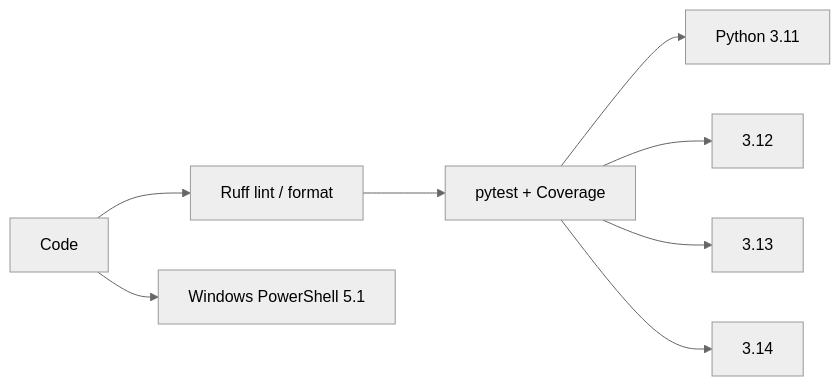
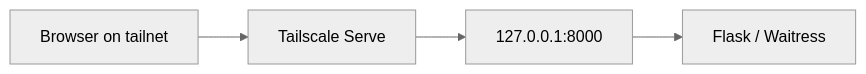
The seventh of 8 diagrams in docs/ARCHITECTURE.md (k-systems202208/python-sqlite-tailscale-webapp-template), drawn with Mermaid (neutral theme) before and after one commit. The commit also changed other lines of this file and 26 other files, not shown here.

````diff
--- a/docs/ARCHITECTURE.md
+++ b/docs/ARCHITECTURE.md
@@ -155,10 +147,6 @@
 ```mermaid
 flowchart LR
-    C["Code"] --> R["Ruff lint / format"]
-    R --> T["pytest + Coverage"]
-    T --> P11["Python 3.11"]
-    T --> P12["3.12"]
-    T --> P13["3.13"]
-    T --> P14["3.14"]
-    C --> W["Windows PowerShell 5.1"]
+    B["Browser on tailnet"] --> TS["Tailscale Serve"]
+    TS --> L["127.0.0.1:8000"]
+    L --> F["Flask / Waitress"]
 ```
````
